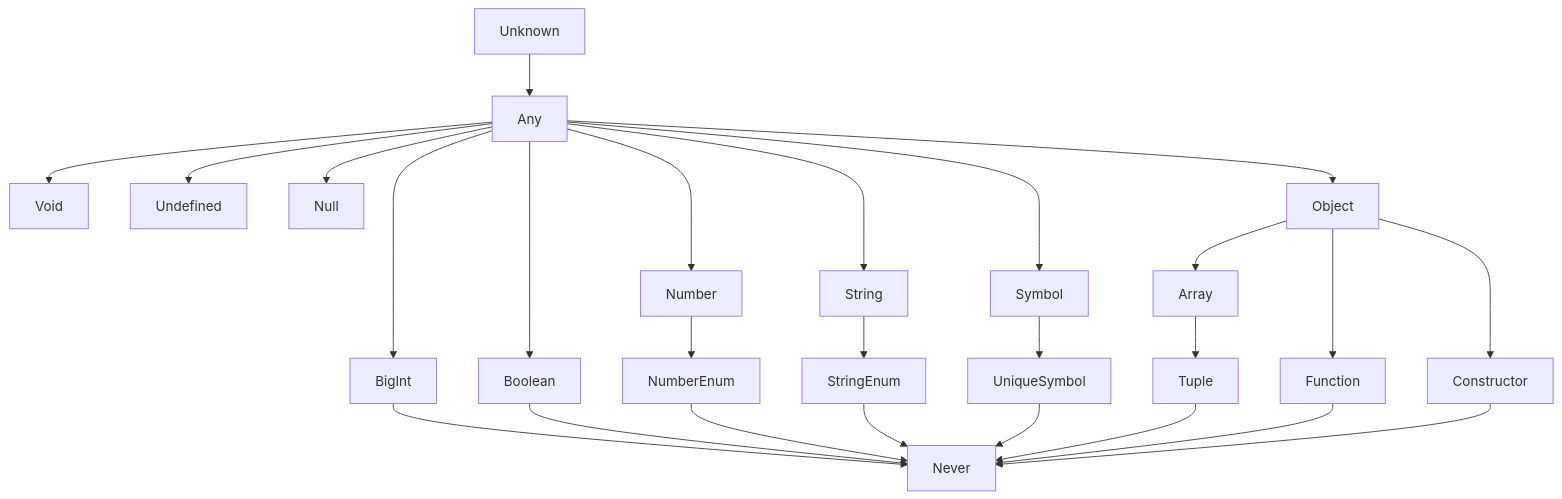
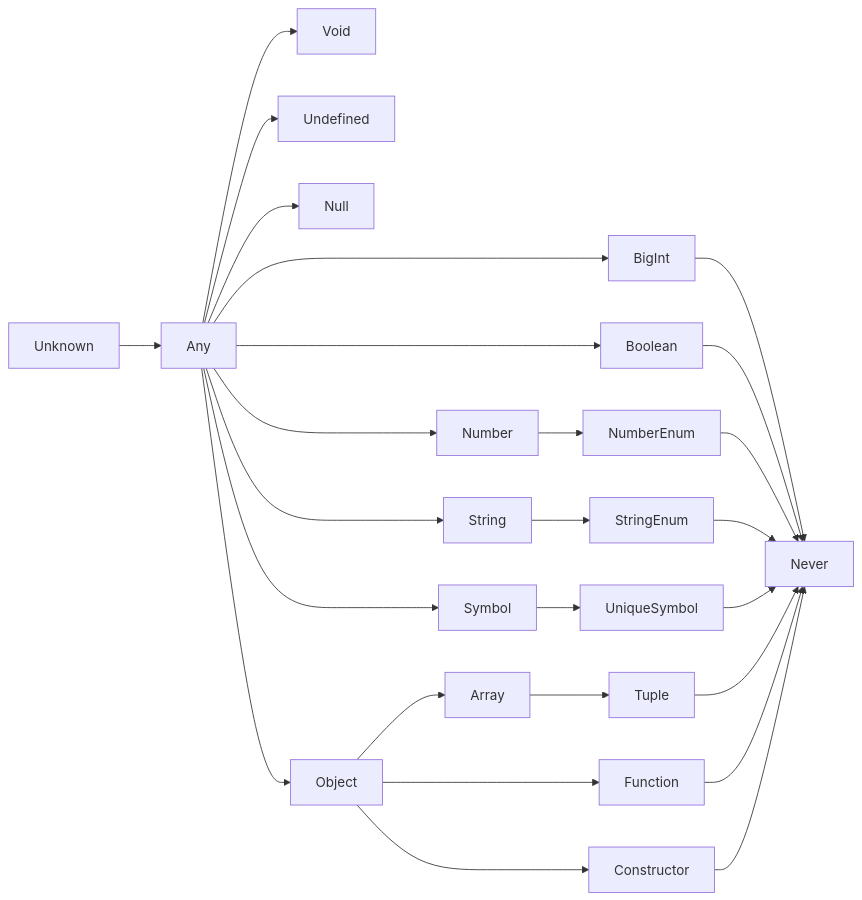
Before and after one commit to fieldrose/blog: the diagram in src/content/posts/_学习记录/_TypeScript/类型全解.md, drawn with Mermaid. The commit also changed other lines of this file and 1 other file, not shown here.

````diff
--- a/src/content/posts/_学习记录/_TypeScript/类型全解.md
+++ b/src/content/posts/_学习记录/_TypeScript/类型全解.md
@@ -24,30 +24,30 @@
 ```mermaid
-graph TD
+graph LR
     Unknown --> Any
     Any --> Void
     Any --> Undefined
     Any --> Null
     Any --> Number
     Any --> BigInt
     Any --> Boolean
     Any --> String
     Any --> Symbol
     Any --> Object
 
     Number --> NumberEnum
     BigInt --> Never
     Boolean --> Never
     String --> StringEnum
     Symbol --> UniqueSymbol
     Object --> Array
     Object --> Function
     Object --> Constructor
 
     NumberEnum --> Never
     StringEnum --> Never
     UniqueSymbol --> Never
     Array --> Tuple
     Tuple --> Never
     Function --> Never
     Constructor --> Never
 ```
````
